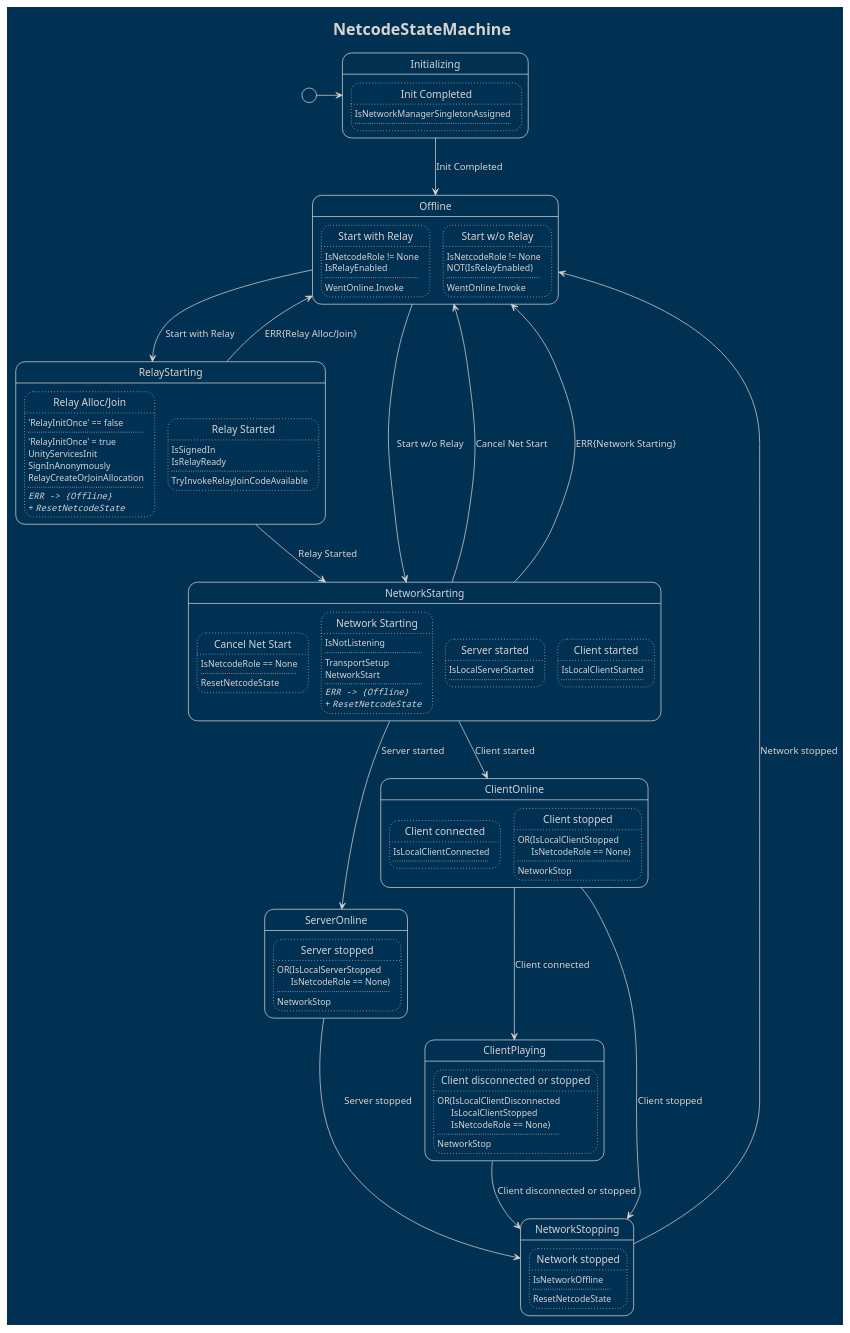
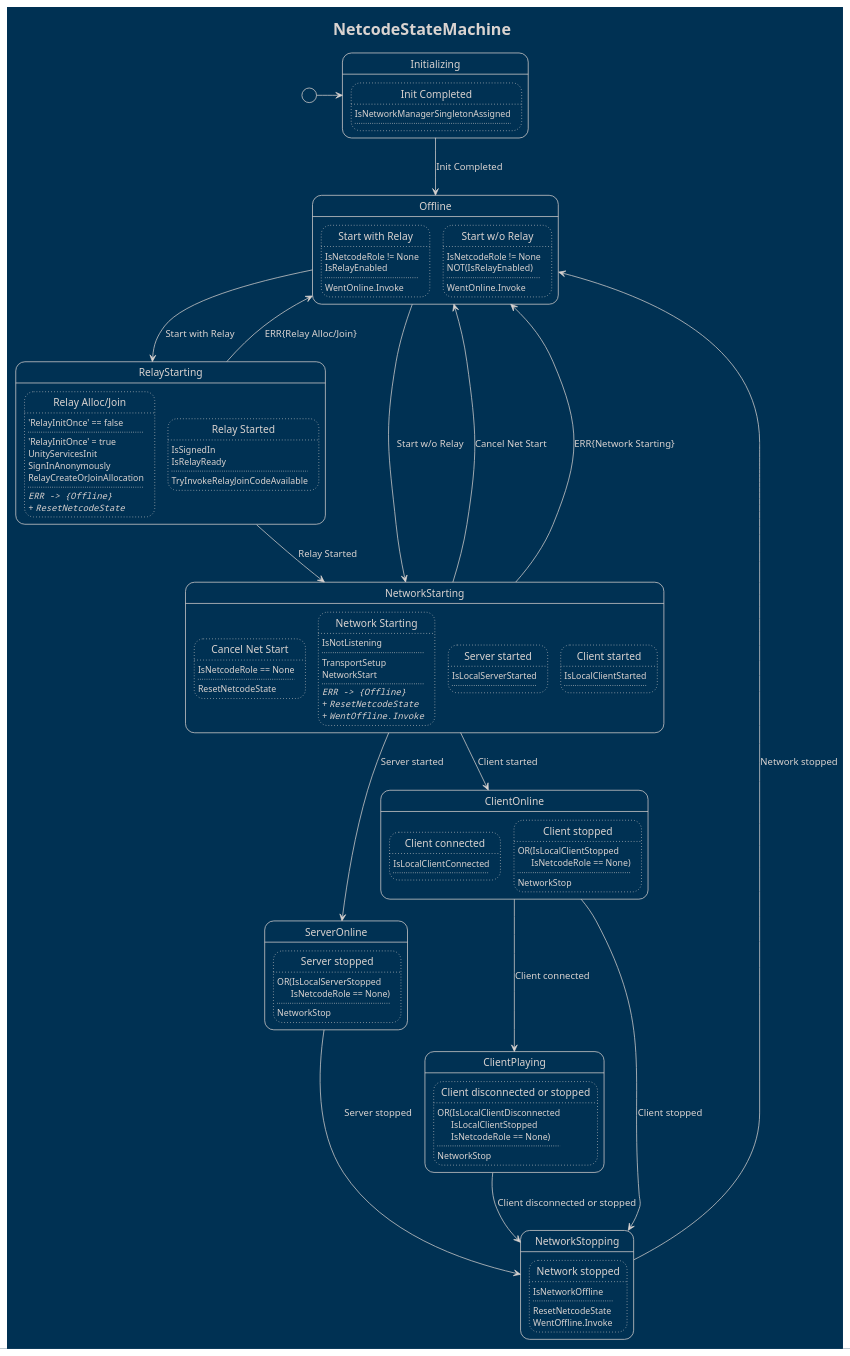
The diagram in PlantUML Diagrams/CodeSmile.MultiPal.Netcode.NetcodeState.puml (CodeSmile-0000011110110111/WriteBetterNetcode), drawn with PlantUML before and after one commit. The commit also changed 6 other files, not shown here.

```diff
--- a/PlantUML Diagrams/CodeSmile.MultiPal.Netcode.NetcodeState.puml
+++ b/PlantUML Diagrams/CodeSmile.MultiPal.Netcode.NetcodeState.puml
@@ -1,144 +1,146 @@
 @startuml
 
 !theme blueprint
 hide empty description
 
 title NetcodeStateMachine
 
 state "Initializing" as state0
 state state0 {
 	state "Init Completed" as state0_trans0
 	state state0_trans0 #line.dotted {
 		state0_trans0 : IsNetworkManagerSingletonAssigned
 		state0_trans0 : ....
 	}
 }
 state "Offline" as state1
 state state1 {
 	state "Start with Relay" as state1_trans0
 	state state1_trans0 #line.dotted {
 		state1_trans0 : IsNetcodeRole != None
 		state1_trans0 : IsRelayEnabled
 		state1_trans0 : ....
 		state1_trans0 : WentOnline.Invoke
 	}
 	state "Start w/o Relay" as state1_trans1
 	state state1_trans1 #line.dotted {
 		state1_trans1 : IsNetcodeRole != None
 		state1_trans1 : NOT(IsRelayEnabled)
 		state1_trans1 : ....
 		state1_trans1 : WentOnline.Invoke
 	}
 }
 state "RelayStarting" as state2
 state state2 {
 	state "Relay Alloc/Join" as state2_trans0
 	state state2_trans0 #line.dotted {
 		state2_trans0 : 'RelayInitOnce' == false
 		state2_trans0 : ....
 		state2_trans0 : 'RelayInitOnce' = true
 		state2_trans0 : UnityServicesInit
 		state2_trans0 : SignInAnonymously
 		state2_trans0 : RelayCreateOrJoinAllocation
 		state2_trans0 : ....
 		state2_trans0 : ==== ""ERR -> {Offline}""
 		state2_trans0 : ==== + ""ResetNetcodeState""
 	}
 	state "Relay Started" as state2_trans1
 	state state2_trans1 #line.dotted {
 		state2_trans1 : IsSignedIn
 		state2_trans1 : IsRelayReady
 		state2_trans1 : ....
 		state2_trans1 : TryInvokeRelayJoinCodeAvailable
 	}
 }
 state "NetworkStarting" as state3
 state state3 {
 	state "Cancel Net Start" as state3_trans0
 	state state3_trans0 #line.dotted {
 		state3_trans0 : IsNetcodeRole == None
 		state3_trans0 : ....
 		state3_trans0 : ResetNetcodeState
 	}
 	state "Network Starting" as state3_trans1
 	state state3_trans1 #line.dotted {
 		state3_trans1 : IsNotListening
 		state3_trans1 : ....
 		state3_trans1 : TransportSetup
 		state3_trans1 : NetworkStart
 		state3_trans1 : ....
 		state3_trans1 : ==== ""ERR -> {Offline}""
 		state3_trans1 : ==== + ""ResetNetcodeState""
+		state3_trans1 : ==== + ""WentOffline.Invoke""
 	}
 	state "Server started" as state3_trans2
 	state state3_trans2 #line.dotted {
 		state3_trans2 : IsLocalServerStarted
 		state3_trans2 : ....
 	}
 	state "Client started" as state3_trans3
 	state state3_trans3 #line.dotted {
 		state3_trans3 : IsLocalClientStarted
 		state3_trans3 : ....
 	}
 }
 state "ServerOnline" as state4
 state state4 {
 	state "Server stopped" as state4_trans0
 	state state4_trans0 #line.dotted {
 		state4_trans0 : OR(IsLocalServerStopped\n      IsNetcodeRole == None)
 		state4_trans0 : ....
 		state4_trans0 : NetworkStop
 	}
 }
 state "ClientOnline" as state5
 state state5 {
 	state "Client connected" as state5_trans0
 	state state5_trans0 #line.dotted {
 		state5_trans0 : IsLocalClientConnected
 		state5_trans0 : ....
 	}
 	state "Client stopped" as state5_trans1
 	state state5_trans1 #line.dotted {
 		state5_trans1 : OR(IsLocalClientStopped\n      IsNetcodeRole == None)
 		state5_trans1 : ....
 		state5_trans1 : NetworkStop
 	}
 }
 state "ClientPlaying" as state6
 state state6 {
 	state "Client disconnected or stopped" as state6_trans0
 	state state6_trans0 #line.dotted {
 		state6_trans0 : OR(IsLocalClientDisconnected\n      IsLocalClientStopped\n      IsNetcodeRole == None)
 		state6_trans0 : ....
 		state6_trans0 : NetworkStop
 	}
 }
 state "NetworkStopping" as state7
 state state7 {
 	state "Network stopped" as state7_trans0
 	state state7_trans0 #line.dotted {
 		state7_trans0 : IsNetworkOffline
 		state7_trans0 : ....
 		state7_trans0 : ResetNetcodeState
+		state7_trans0 : WentOffline.Invoke
 	}
 }
 
 
 [*] -> state0
 state0 --> state1 : Init Completed
 state1 --> state2 : Start with Relay
 state1 --> state3 : Start w/o Relay
 state2 --> state1 : ERR{Relay Alloc/Join}
 state2 --> state3 : Relay Started
 state3 --> state1 : Cancel Net Start
 state3 --> state1 : ERR{Network Starting}
 state3 --> state4 : Server started
 state3 --> state5 : Client started
 state4 --> state7 : Server stopped
 state5 --> state6 : Client connected
 state5 --> state7 : Client stopped
 state6 --> state7 : Client disconnected or stopped
 state7 --> state1 : Network stopped
 
 
 @enduml
```
